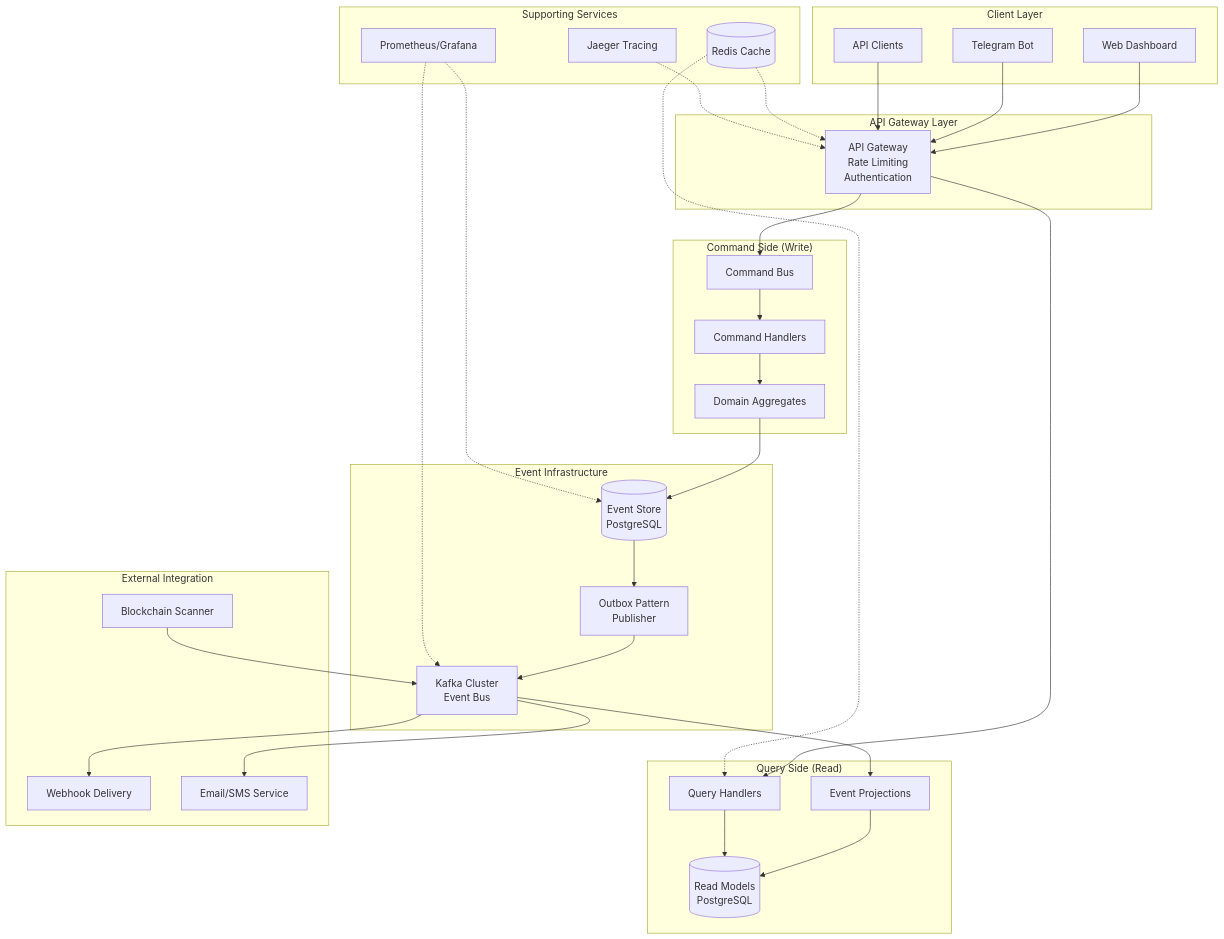
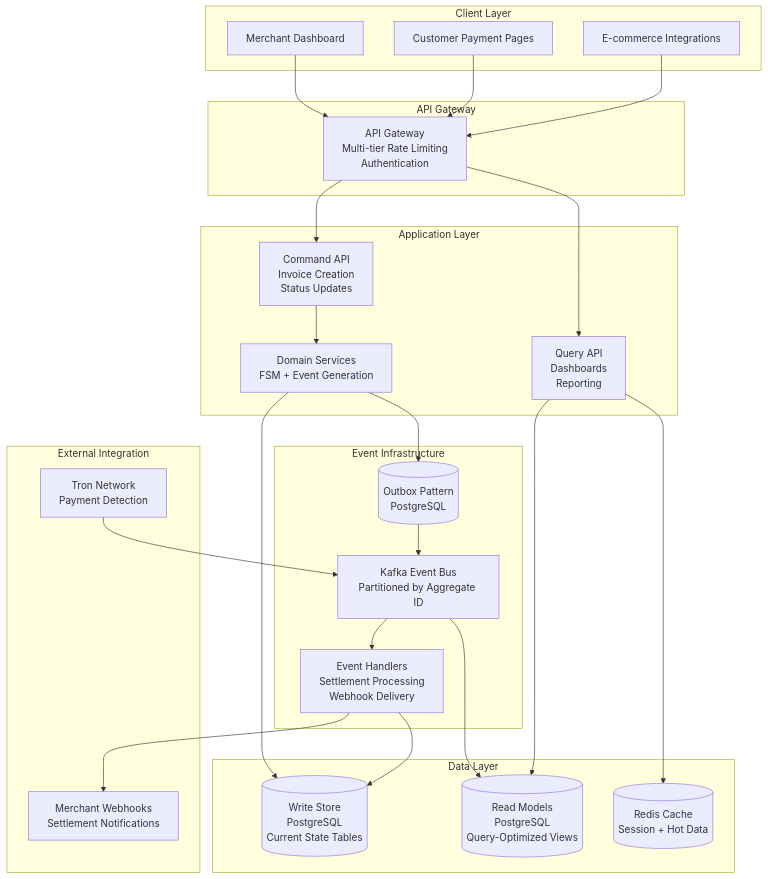
One commit to smirnoffmg/crypto-checkout changed the first of 6 diagrams in docs/ARCH.md. Above: the diagram before and after it, drawn with Mermaid. The commit also changed other lines of this file and 11 other files, not shown here.

````diff
--- a/docs/ARCH.md
+++ b/docs/ARCH.md
@@ -43,72 +47,58 @@
 ```mermaid
 graph TB
     subgraph "Client Layer"
-        WEB[Web Dashboard]
-        BOT[Telegram Bot]
-        API_CLIENT[API Clients]
+        WEB[Merchant Dashboard]
+        CUSTOMER[Customer Payment Pages]
+        API_CLIENT[E-commerce Integrations]
     end
     
-    subgraph "API Gateway Layer"
-        GATEWAY[API Gateway<br/>Rate Limiting<br/>Authentication]
+    subgraph "API Gateway"
+        GATEWAY[API Gateway<br/>Multi-tier Rate Limiting<br/>Authentication]
     end
     
-    subgraph "Command Side (Write)"
-        CMD_BUS[Command Bus]
-        CMD_HANDLERS[Command Handlers]
-        AGGREGATES[Domain Aggregates]
+    subgraph "Application Layer"
+        CMD_API[Command API<br/>Invoice Creation<br/>Status Updates]
+        QUERY_API[Query API<br/>Dashboards<br/>Reporting]
+        DOMAIN_SVC[Domain Services<br/>FSM + Event Generation]
     end
     
     subgraph "Event Infrastructure"
-        EVENT_STORE[(Event Store<br/>PostgreSQL)]
-        KAFKA[Kafka Cluster<br/>Event Bus]
-        OUTBOX[Outbox Pattern<br/>Publisher]
+        OUTBOX[(Outbox Pattern<br/>PostgreSQL)]
+        KAFKA[Kafka Event Bus<br/>Partitioned by Aggregate ID]
+        EVENT_HANDLERS[Event Handlers<br/>Settlement Processing<br/>Webhook Delivery]
     end
     
-    subgraph "Query Side (Read)"
-        READ_MODELS[(Read Models<br/>PostgreSQL)]
-        PROJECTIONS[Event Projections]
-        QUERY_HANDLERS[Query Handlers]
+    subgraph "Data Layer"
+        WRITE_DB[(Write Store<br/>PostgreSQL<br/>Current State Tables)]
+        READ_DB[(Read Models<br/>PostgreSQL<br/>Query-Optimized Views)]
+        CACHE[(Redis Cache<br/>Session + Hot Data)]
     end
     
     subgraph "External Integration"
-        WEBHOOKS[Webhook Delivery]
-        BLOCKCHAIN[Blockchain Scanner]
-        NOTIFICATIONS[Email/SMS Service]
-    end
-    
-    subgraph "Supporting Services"
-        REDIS[(Redis Cache)]
-        MONITORING[Prometheus/Grafana]
-        TRACING[Jaeger Tracing]
+        TRON[Tron Network<br/>Payment Detection]
+        WEBHOOKS[Merchant Webhooks<br/>Settlement Notifications]
     end
     
     WEB --> GATEWAY
-    BOT --> GATEWAY
+    CUSTOMER --> GATEWAY
     API_CLIENT --> GATEWAY
     
-    GATEWAY --> CMD_BUS
-    CMD_BUS --> CMD_HANDLERS
-    CMD_HANDLERS --> AGGREGATES
+    GATEWAY --> CMD_API
+    GATEWAY --> QUERY_API
     
-    AGGREGATES --> EVENT_STORE
-    EVENT_STORE --> OUTBOX
+    CMD_API --> DOMAIN_SVC
+    DOMAIN_SVC --> WRITE_DB
+    DOMAIN_SVC --> OUTBOX
+    
     OUTBOX --> KAFKA
+    KAFKA --> EVENT_HANDLERS
+    KAFKA --> READ_DB
     
-    KAFKA --> PROJECTIONS
-    KAFKA --> WEBHOOKS
-    KAFKA --> NOTIFICATIONS
+    QUERY_API --> READ_DB
+    QUERY_API --> CACHE
     
-    PROJECTIONS --> READ_MODELS
+    EVENT_HANDLERS --> WEBHOOKS
+    TRON --> KAFKA
     
-    GATEWAY --> QUERY_HANDLERS
-    QUERY_HANDLERS --> READ_MODELS
-    
-    BLOCKCHAIN --> KAFKA
-    
-    REDIS -.-> GATEWAY
-    REDIS -.-> QUERY_HANDLERS
-    
-    MONITORING -.-> EVENT_STORE
-    MONITORING -.-> KAFKA
-    TRACING -.-> GATEWAY
+    EVENT_HANDLERS --> WRITE_DB
 ```
````
